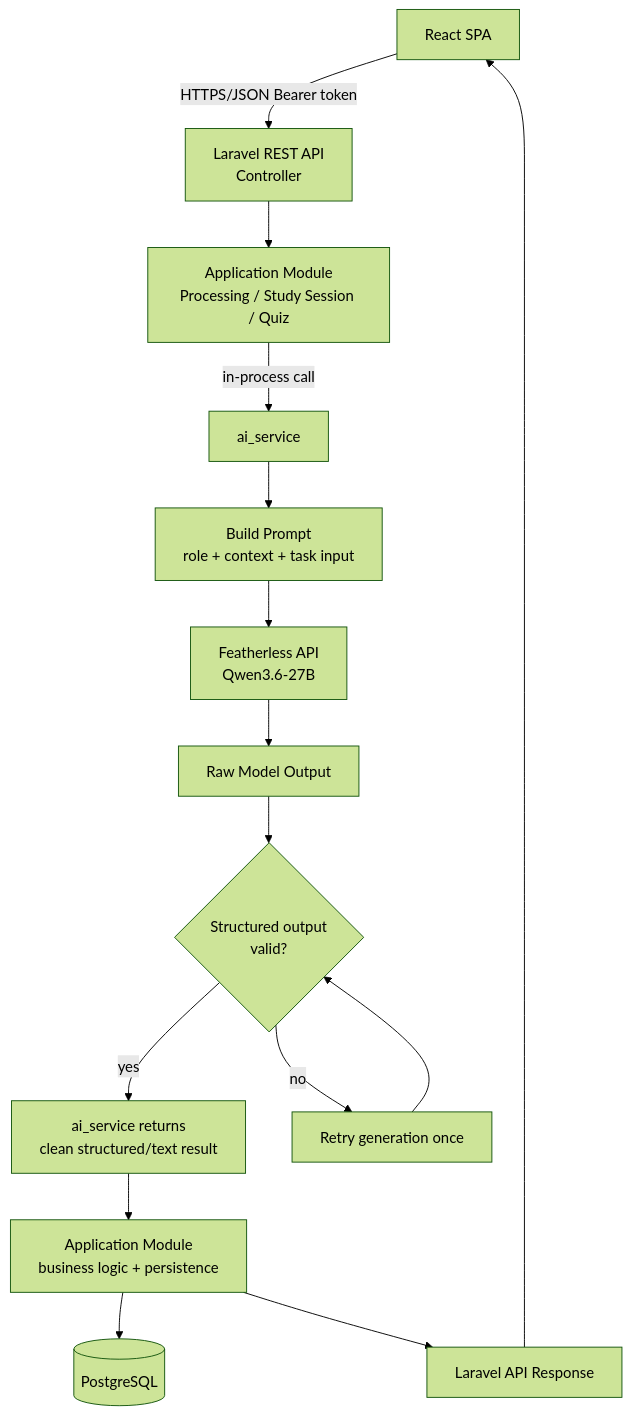
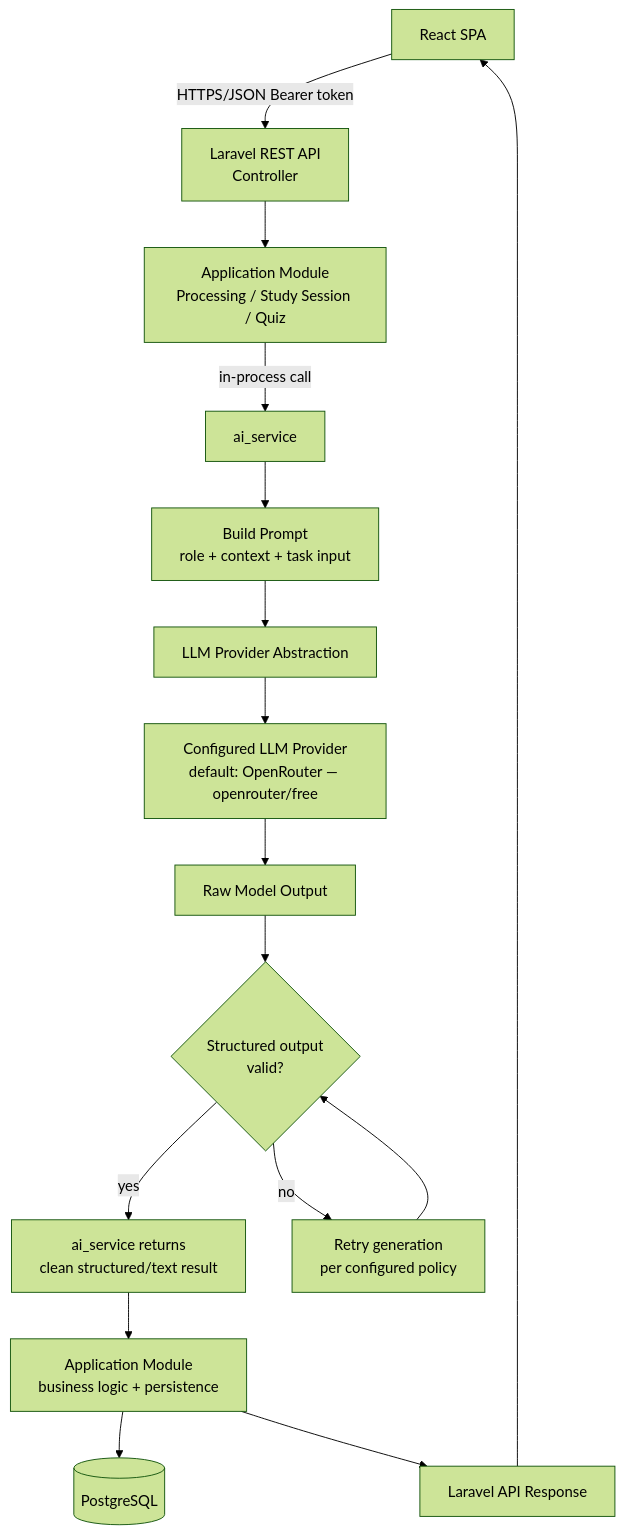
Before and after one commit to Divasatria100/studyback-personal-ai-teacher: the first of 3 diagrams in docs/06-ai-architecture.md, drawn with Mermaid (forest theme). The commit also changed other lines of this file and 1 other file, not shown here.

````diff
--- a/docs/06-ai-architecture.md
+++ b/docs/06-ai-architecture.md
@@ -83,17 +95,18 @@
 ```mermaid
 flowchart TD
     FE[React SPA] -->|HTTPS/JSON Bearer token| API[Laravel REST API<br/>Controller]
     API --> MOD[Application Module<br/>Processing / Study Session / Quiz]
     MOD -->|in-process call| AISVC[ai_service]
     AISVC --> PROMPT[Build Prompt<br/>role + context + task input]
-    PROMPT --> LLM[Featherless API<br/>Qwen3.6-27B]
-    LLM --> RAW[Raw Model Output]
+    PROMPT --> ABS[LLM Provider Abstraction]
+    ABS --> PROV[Configured LLM Provider<br/>default: OpenRouter — openrouter/free]
+    PROV --> RAW[Raw Model Output]
     RAW --> VALIDATE{Structured output<br/>valid?}
     VALIDATE -->|yes| RETURN[ai_service returns<br/>clean structured/text result]
-    VALIDATE -->|no| RETRY[Retry generation once]
+    VALIDATE -->|no| RETRY[Retry generation<br/>per configured policy]
     RETRY --> VALIDATE
     RETURN --> MOD2[Application Module<br/>business logic + persistence]
     MOD2 --> DB[(PostgreSQL)]
     MOD2 --> API2[Laravel API Response]
     API2 --> FE
 ```
````
